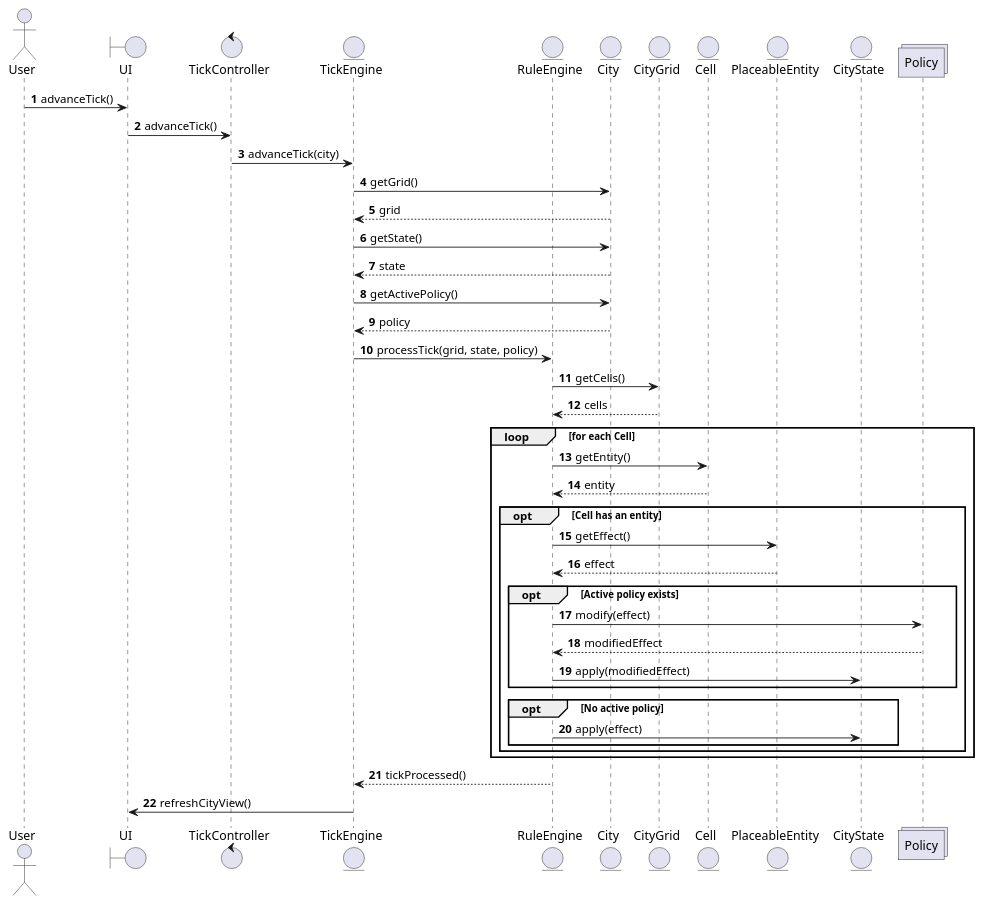
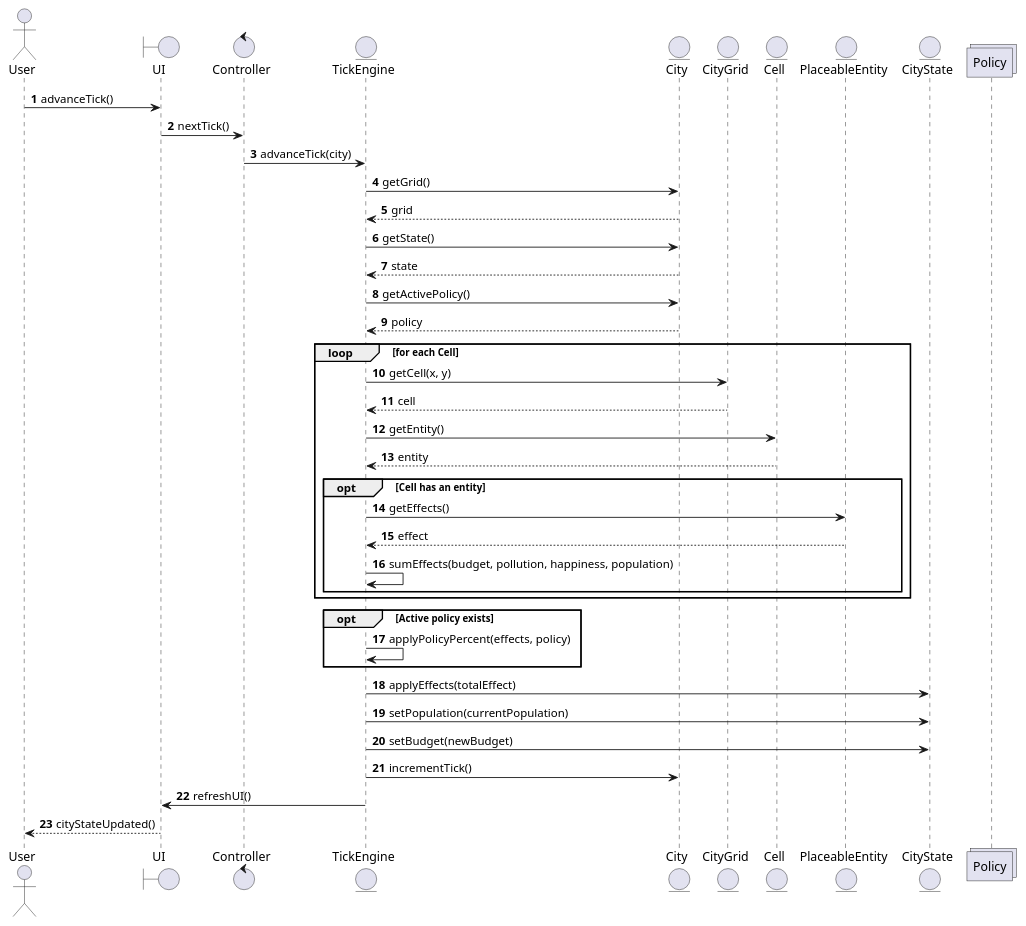
One commit to Anna-code17/ssa_project changed the fourth of 5 diagrams in documents/System_sequence _diagrams.md. Above: the diagram before and after it, drawn with PlantUML. The commit also changed other lines of this file, not shown here.

Commit message:
Update System_sequence _diagrams.md

````diff
--- a/documents/System_sequence _diagrams.md
+++ b/documents/System_sequence _diagrams.md
@@ -154,72 +179,75 @@
 ```plantuml
 
 @startuml
 autonumber
 
 actor User
 
 boundary UI
-control TickController
+control Controller
 entity TickEngine
-entity RuleEngine
 entity City
 entity CityGrid
 entity Cell
 entity PlaceableEntity
 entity CityState
 collections Policy
 
 User -> UI : advanceTick()
-UI -> TickController : advanceTick()
+UI -> Controller : nextTick()
 
-TickController -> TickEngine : advanceTick(city)
+Controller -> TickEngine : advanceTick(city)
 
 TickEngine -> City : getGrid()
 City --> TickEngine : grid
 
 TickEngine -> City : getState()
 City --> TickEngine : state
 
 TickEngine -> City : getActivePolicy()
 City --> TickEngine : policy
 
-TickEngine -> RuleEngine : processTick(grid, state, policy)
-
-RuleEngine -> CityGrid : getCells()
-CityGrid --> RuleEngine : cells
-
 loop for each Cell
 
-    RuleEngine -> Cell : getEntity()
-    Cell --> RuleEngine : entity
+    TickEngine -> CityGrid : getCell(x, y)
+    CityGrid --> TickEngine : cell
+
+    TickEngine -> Cell : getEntity()
+    Cell --> TickEngine : entity
 
     opt Cell has an entity
 
-        RuleEngine -> PlaceableEntity : getEffect()
-        PlaceableEntity --> RuleEngine : effect
+        TickEngine -> PlaceableEntity : getEffects()
+        PlaceableEntity --> TickEngine : effect
 
-        opt Active policy exists
-
-            RuleEngine -> Policy : modify(effect)
-            Policy --> RuleEngine : modifiedEffect
-
-            RuleEngine -> CityState : apply(modifiedEffect)
-
-        end
-
-        opt No active policy
-
-            RuleEngine -> CityState : apply(effect)
-
-        end
+        TickEngine -> TickEngine : sumEffects(budget, pollution, happiness, population)
 
     end
+
+end
+
+opt Active policy exists
+
+    TickEngine -> TickEngine : applyPolicyPercent(effects, policy)
+
+end
+
+TickEngine -> CityState : applyEffects(totalEffect)
+TickEngine -> CityState : setPopulation(currentPopulation)
+TickEngine -> CityState : setBudget(newBudget)
+
+TickEngine -> City : incrementTick()
+
+TickEngine -> UI : refreshUI()
+UI --> User : cityStateUpdated()
+
+@enduml
 
 end
 
 RuleEngine --> TickEngine : tickProcessed()
 
 TickEngine -> UI : refreshCityView()
 @enduml
 
 ```
````
